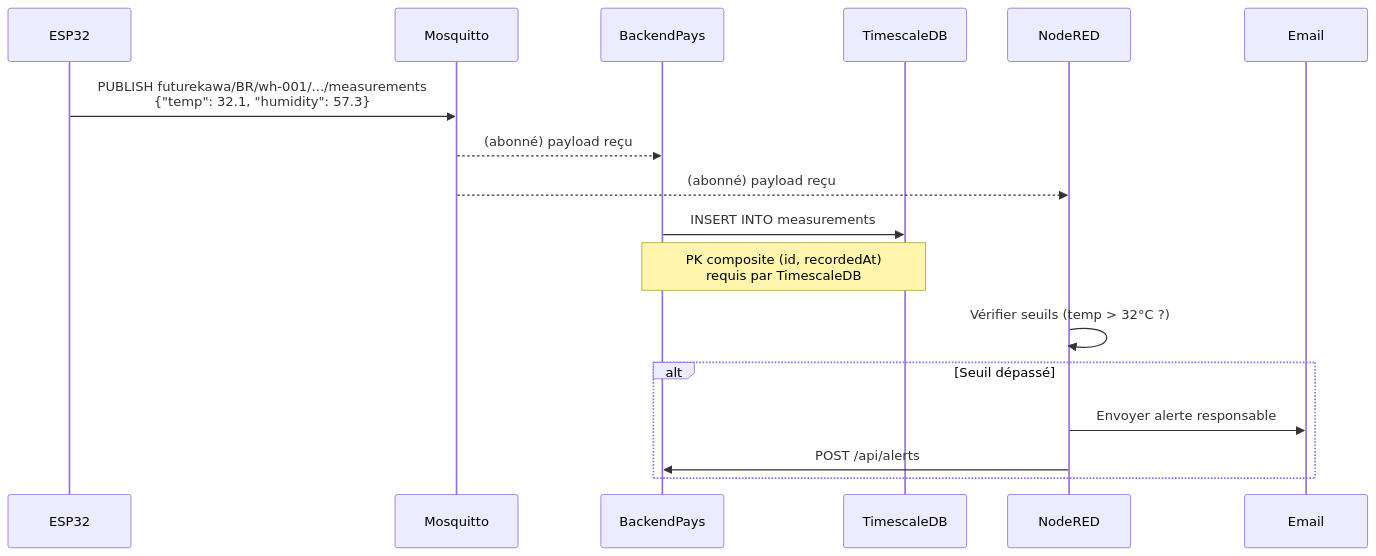
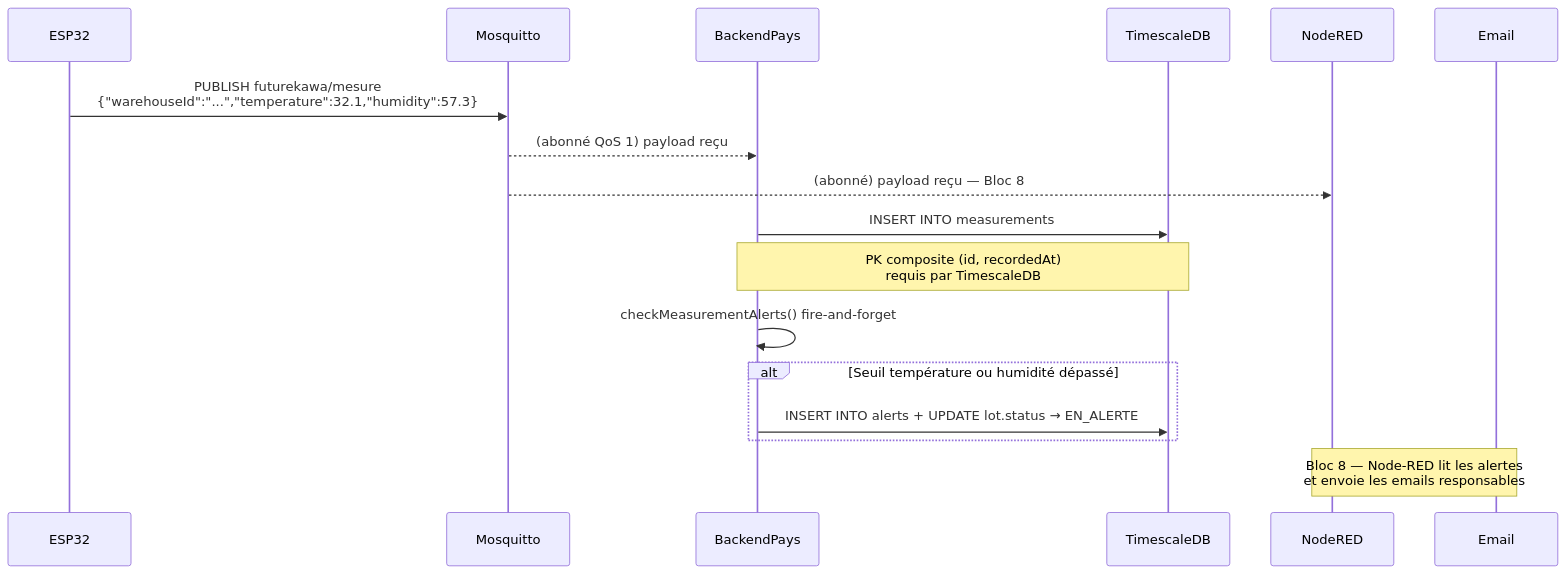
The second of 5 diagrams in doc/guide-technique.md (rudolphattisso/MSPR2), drawn with Mermaid before and after one commit. The commit also changed other lines of this file and 1 other file, not shown here.

````diff
--- a/doc/guide-technique.md
+++ b/doc/guide-technique.md
@@ -80,22 +80,23 @@
 ```mermaid
 sequenceDiagram
     participant ESP32
     participant Mosquitto
     participant BackendPays
     participant TimescaleDB
     participant NodeRED
     participant Email
 
-    ESP32->>Mosquitto: PUBLISH futurekawa/BR/wh-001/.../measurements<br/>{"temp": 32.1, "humidity": 57.3}
-    Mosquitto-->>BackendPays: (abonné) payload reçu
-    Mosquitto-->>NodeRED: (abonné) payload reçu
+    ESP32->>Mosquitto: PUBLISH futurekawa/mesure<br/>{"warehouseId":"...","temperature":32.1,"humidity":57.3}
+    Mosquitto-->>BackendPays: (abonné QoS 1) payload reçu
+    Mosquitto-->>NodeRED: (abonné) payload reçu — Bloc 8
 
     BackendPays->>TimescaleDB: INSERT INTO measurements
     Note over BackendPays,TimescaleDB: PK composite (id, recordedAt)<br/>requis par TimescaleDB
 
-    NodeRED->>NodeRED: Vérifier seuils (temp > 32°C ?)
-    alt Seuil dépassé
-        NodeRED->>Email: Envoyer alerte responsable
-        NodeRED->>BackendPays: POST /api/alerts
+    BackendPays->>BackendPays: checkMeasurementAlerts() fire-and-forget
+    alt Seuil température ou humidité dépassé
+        BackendPays->>TimescaleDB: INSERT INTO alerts + UPDATE lot.status → EN_ALERTE
     end
+
+    Note over NodeRED,Email: Bloc 8 — Node-RED lit les alertes<br/>et envoie les emails responsables
 ```
````
